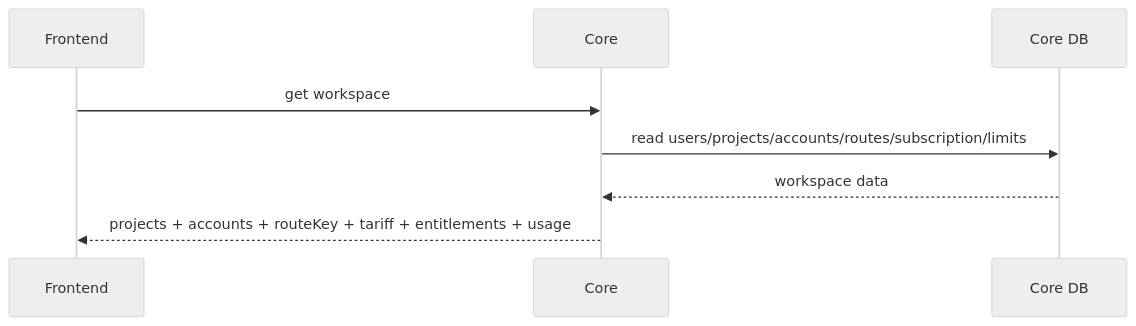
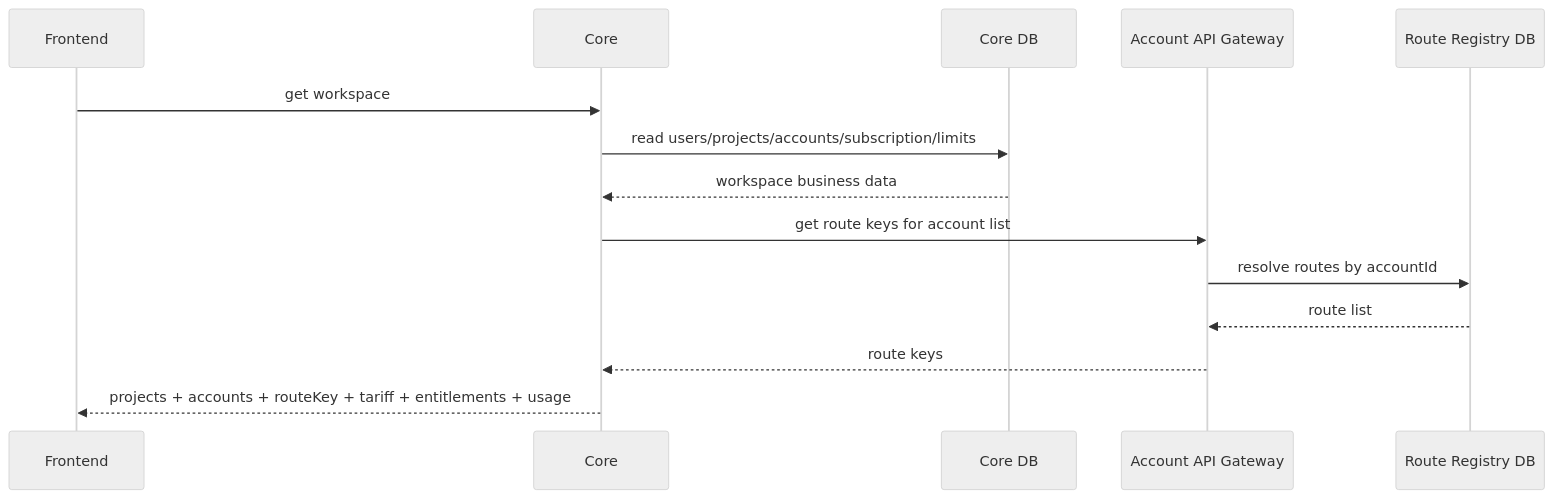
One commit to yakoodev/DigitalDealsCRM changed the fourth of 8 diagrams in docs/architecture_draft/09-data-flows.md. Above: the diagram before and after it, drawn with Mermaid (neutral theme). The commit also changed other lines of this file and 34 other files, not shown here.

Commit message:
docs: consolidate architecture package and add OpenAPI governance

````diff
--- a/docs/architecture_draft/09-data-flows.md
+++ b/docs/architecture_draft/09-data-flows.md
@@ -68,11 +77,17 @@
 ```mermaid
 sequenceDiagram
     participant FE as Frontend
     participant CORE as Core
     participant DB as Core DB
+    participant GATE as Account API Gateway
+    participant RDB as Route Registry DB
 
     FE->>CORE: get workspace
-    CORE->>DB: read users/projects/accounts/routes/subscription/limits
-    DB-->>CORE: workspace data
+    CORE->>DB: read users/projects/accounts/subscription/limits
+    DB-->>CORE: workspace business data
+    CORE->>GATE: get route keys for account list
+    GATE->>RDB: resolve routes by accountId
+    RDB-->>GATE: route list
+    GATE-->>CORE: route keys
     CORE-->>FE: projects + accounts + routeKey + tariff + entitlements + usage
 ```
````
